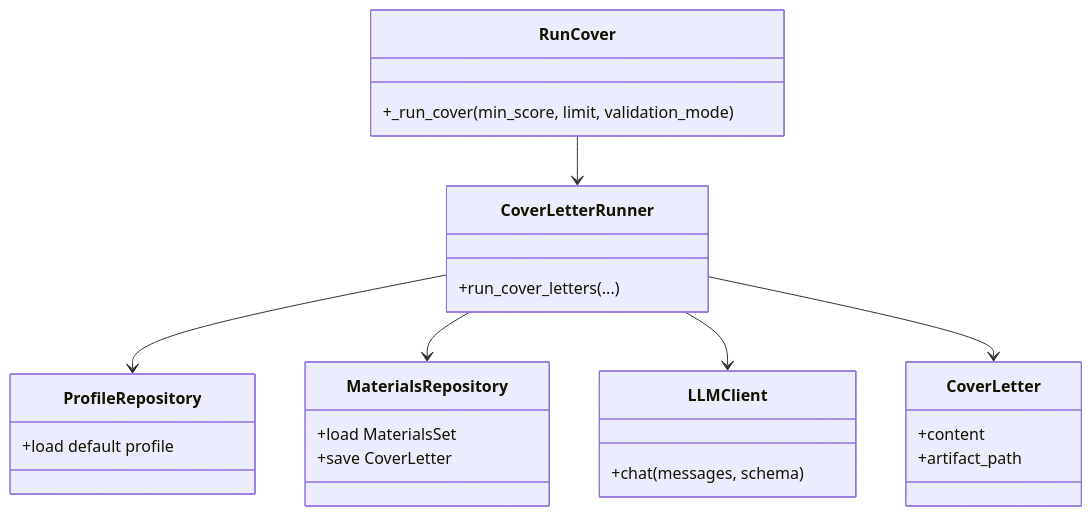
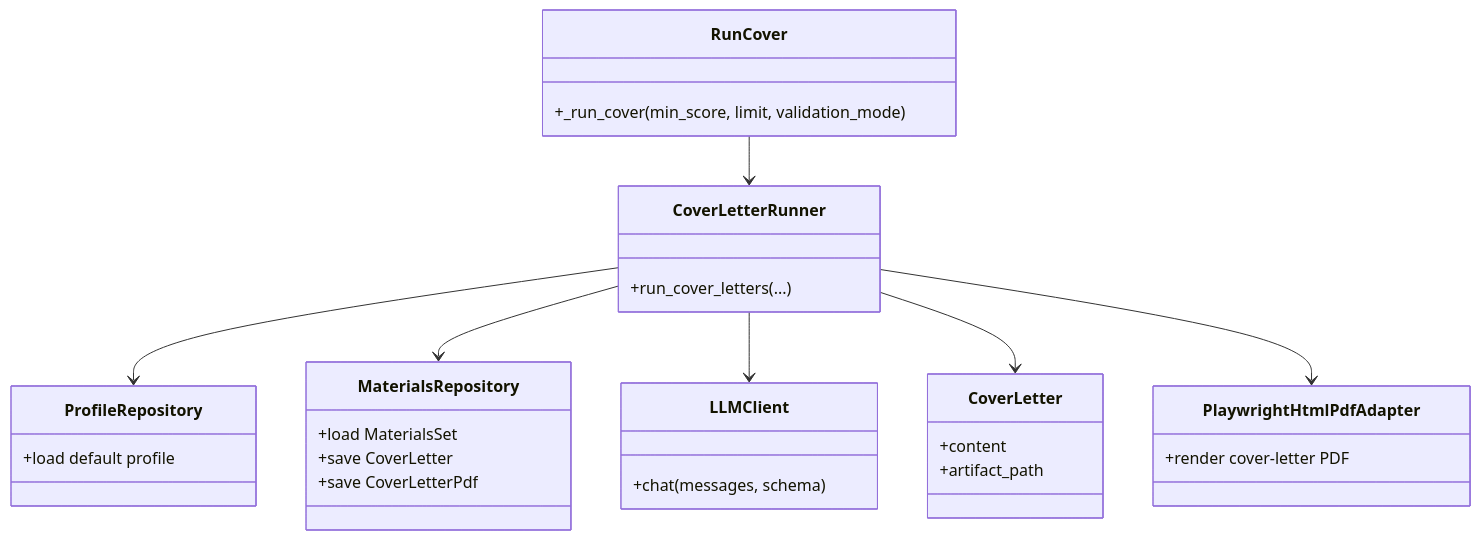
Diagram 12 of 15 in docs/job-pipeline-architecture.md (ebarti/JobCtrl), drawn with Mermaid before and after one commit. The commit also changed other lines of this file and 3 other files, not shown here.

````diff
--- a/docs/job-pipeline-architecture.md
+++ b/docs/job-pipeline-architecture.md
@@ -648,29 +650,34 @@
 ```mermaid
 classDiagram
     class RunCover {
       +_run_cover(min_score, limit, validation_mode)
     }
     class CoverLetterRunner {
       +run_cover_letters(...)
     }
     class ProfileRepository {
       +load default profile
     }
     class MaterialsRepository {
       +load MaterialsSet
       +save CoverLetter
+      +save CoverLetterPdf
     }
     class LLMClient {
       +chat(messages, schema)
     }
     class CoverLetter {
       +content
       +artifact_path
     }
+    class PlaywrightHtmlPdfAdapter {
+      +render cover-letter PDF
+    }
 
     RunCover --> CoverLetterRunner
     CoverLetterRunner --> ProfileRepository
     CoverLetterRunner --> MaterialsRepository
     CoverLetterRunner --> LLMClient
     CoverLetterRunner --> CoverLetter
+    CoverLetterRunner --> PlaywrightHtmlPdfAdapter
 ```
````
